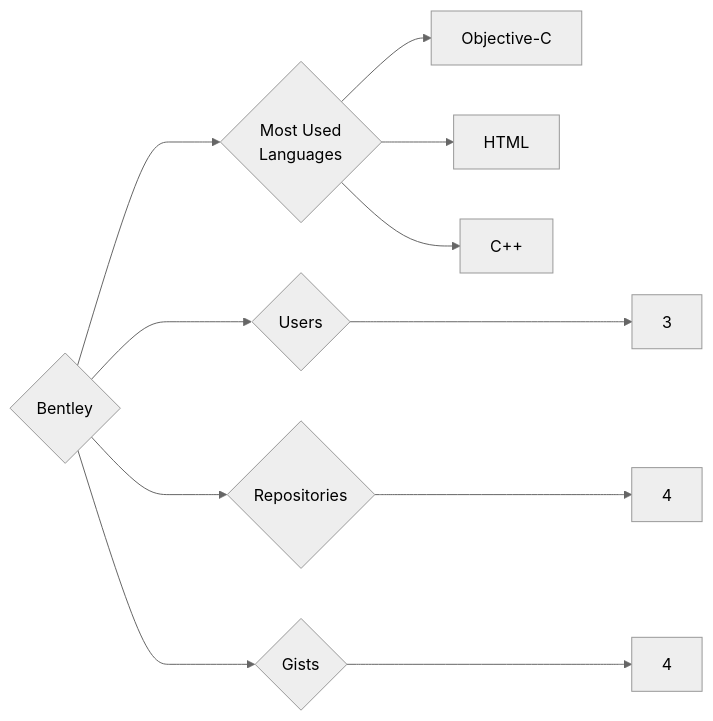
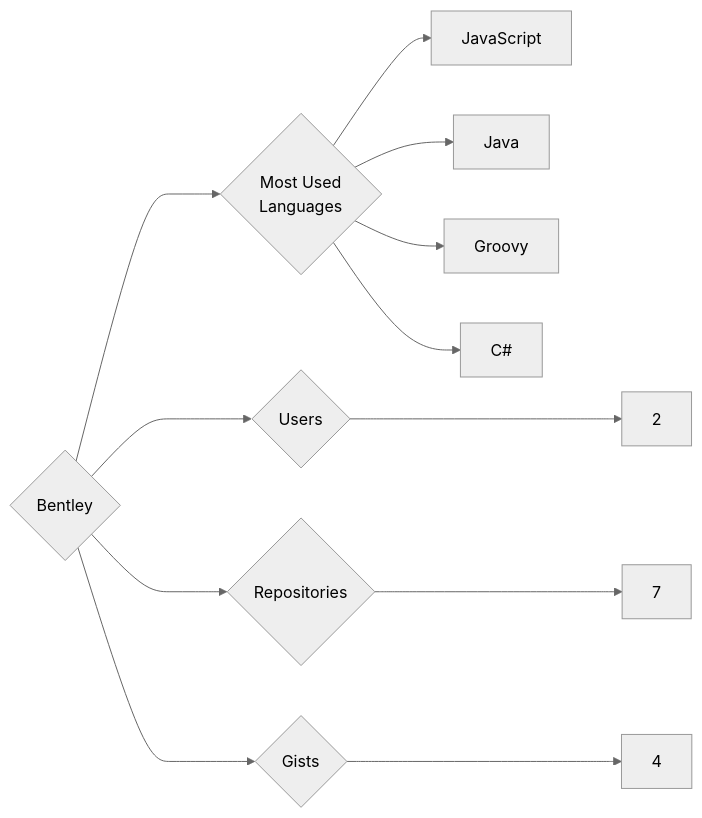
One commit to trickest/insiders changed the diagram in targets/Bentley/README.md. Above: the diagram before and after it, drawn with Mermaid (neutral theme). The commit also changed 1084 other files, not shown here.

````diff
--- a/targets/Bentley/README.md
+++ b/targets/Bentley/README.md
@@ -3,11 +3,12 @@
 ```mermaid
 graph LR
 COMPANY_NAME{Bentley}
-COMPANY_NAME ---> U{Users} ---> UN[3]
-COMPANY_NAME ---> R{Repositories} ---> RN[4]
+COMPANY_NAME ---> U{Users} ---> UN[2]
+COMPANY_NAME ---> R{Repositories} ---> RN[7]
 COMPANY_NAME ---> G{Gists} ---> GN[4]
 COMPANY_NAME ---> ML{Most Used<br>Languages}
-ML --> Objective-C[Objective-C]
-ML --> HTML[HTML]
-ML --> C++[C++]
+ML --> JavaScript[JavaScript]
+ML --> Java[Java]
+ML --> Groovy[Groovy]
+ML --> C#[C#]
 ```
````
